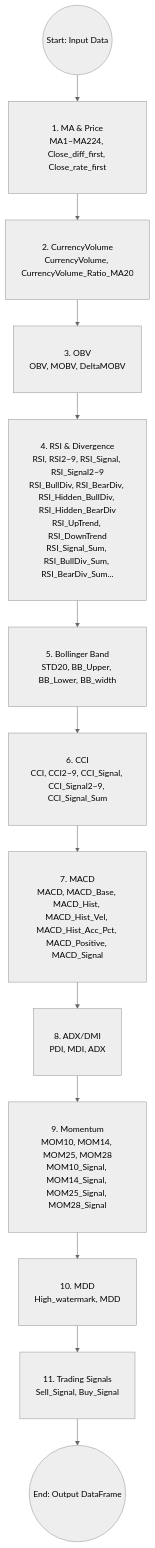
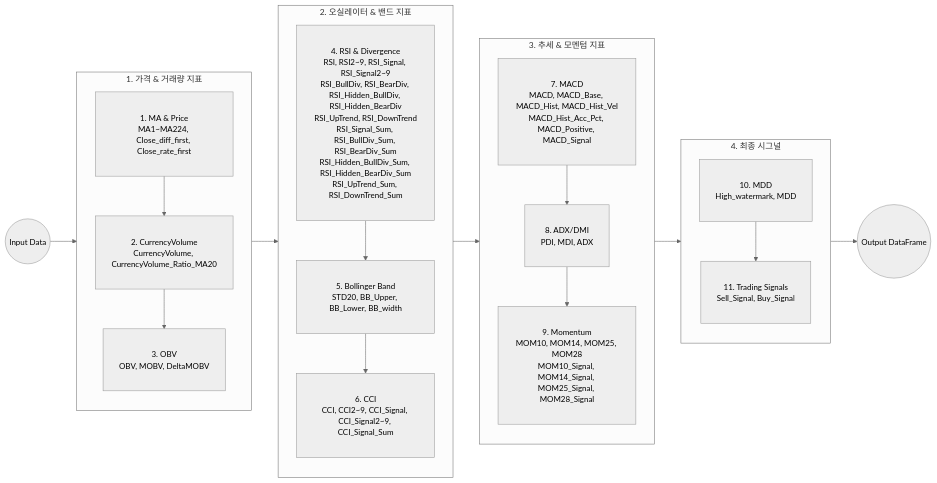
The third of 3 diagrams in README.md (hugingstar/ggeolmu), drawn with Mermaid (neutral theme) before and after one commit.

Commit message:
docs: Update mermaid diagram layout and expand RSI columns

````diff
--- a/README.md
+++ b/README.md
@@ -193,20 +193,45 @@
 ```mermaid
-graph TD
-    classDef largeFont font-size:16px, padding:15px, line-height:1.5;
+flowchart LR
+    classDef largeFont font-size:15px, padding:10px, line-height:1.4;
 
-    Start(("Start: Input Data")):::largeFont --> Step1
+    Start(("Input Data")):::largeFont --> Group1
 
-    Step1["1. MA & Price<br>MA1~MA224, Close_diff_first, Close_rate_first"]:::largeFont --> Step2
-    Step2["2. CurrencyVolume<br>CurrencyVolume, CurrencyVolume_Ratio_MA20"]:::largeFont --> Step3
-    Step3["3. OBV<br>OBV, MOBV, DeltaMOBV"]:::largeFont --> Step4
-    Step4["4. RSI & Divergence<br>RSI, RSI2~9, RSI_Signal, RSI_Signal2~9<br>RSI_BullDiv, RSI_BearDiv, RSI_Hidden_BullDiv, RSI_Hidden_BearDiv<br>RSI_UpTrend, RSI_DownTrend<br>RSI_Signal_Sum, RSI_BullDiv_Sum, RSI_BearDiv_Sum..."]:::largeFont --> Step5
-    Step5["5. Bollinger Band<br>STD20, BB_Upper, BB_Lower, BB_width"]:::largeFont --> Step6
-    Step6["6. CCI<br>CCI, CCI2~9, CCI_Signal, CCI_Signal2~9, CCI_Signal_Sum"]:::largeFont --> Step7
-    Step7["7. MACD<br>MACD, MACD_Base, MACD_Hist, MACD_Hist_Vel, MACD_Hist_Acc_Pct, MACD_Positive, MACD_Signal"]:::largeFont --> Step8
-    Step8["8. ADX/DMI<br>PDI, MDI, ADX"]:::largeFont --> Step9
-    Step9["9. Momentum<br>MOM10, MOM14, MOM25, MOM28<br>MOM10_Signal, MOM14_Signal, MOM25_Signal, MOM28_Signal"]:::largeFont --> Step10
-    Step10["10. MDD<br>High_watermark, MDD"]:::largeFont --> Step11
-    Step11["11. Trading Signals<br>Sell_Signal, Buy_Signal"]:::largeFont --> End
+    subgraph Group1 ["1. 가격 & 거래량 지표"]
+        direction TB
+        Step1["1. MA & Price<br>MA1~MA224, Close_diff_first, Close_rate_first"]:::largeFont
+        Step2["2. CurrencyVolume<br>CurrencyVolume, CurrencyVolume_Ratio_MA20"]:::largeFont
+        Step3["3. OBV<br>OBV, MOBV, DeltaMOBV"]:::largeFont
+        Step1 --> Step2 --> Step3
+    end
 
-    End(("End: Output DataFrame")):::largeFont
+    Group1 --> Group2
+
+    subgraph Group2 ["2. 오실레이터 & 밴드 지표"]
+        direction TB
+        Step4["4. RSI & Divergence<br>RSI, RSI2~9, RSI_Signal, RSI_Signal2~9<br>RSI_BullDiv, RSI_BearDiv, RSI_Hidden_BullDiv, RSI_Hidden_BearDiv<br>RSI_UpTrend, RSI_DownTrend<br>RSI_Signal_Sum, RSI_BullDiv_Sum, RSI_BearDiv_Sum<br>RSI_Hidden_BullDiv_Sum, RSI_Hidden_BearDiv_Sum<br>RSI_UpTrend_Sum, RSI_DownTrend_Sum"]:::largeFont
+        Step5["5. Bollinger Band<br>STD20, BB_Upper, BB_Lower, BB_width"]:::largeFont
+        Step6["6. CCI<br>CCI, CCI2~9, CCI_Signal, CCI_Signal2~9, CCI_Signal_Sum"]:::largeFont
+        Step4 --> Step5 --> Step6
+    end
+
+    Group2 --> Group3
+
+    subgraph Group3 ["3. 추세 & 모멘텀 지표"]
+        direction TB
+        Step7["7. MACD<br>MACD, MACD_Base, MACD_Hist, MACD_Hist_Vel<br>MACD_Hist_Acc_Pct, MACD_Positive, MACD_Signal"]:::largeFont
+        Step8["8. ADX/DMI<br>PDI, MDI, ADX"]:::largeFont
+        Step9["9. Momentum<br>MOM10, MOM14, MOM25, MOM28<br>MOM10_Signal, MOM14_Signal, MOM25_Signal, MOM28_Signal"]:::largeFont
+        Step7 --> Step8 --> Step9
+    end
+
+    Group3 --> Group4
+
+    subgraph Group4 ["4. 최종 시그널"]
+        direction TB
+        Step10["10. MDD<br>High_watermark, MDD"]:::largeFont
+        Step11["11. Trading Signals<br>Sell_Signal, Buy_Signal"]:::largeFont
+        Step10 --> Step11
+    end
+
+    Group4 --> End(("Output DataFrame")):::largeFont
 ```
````
